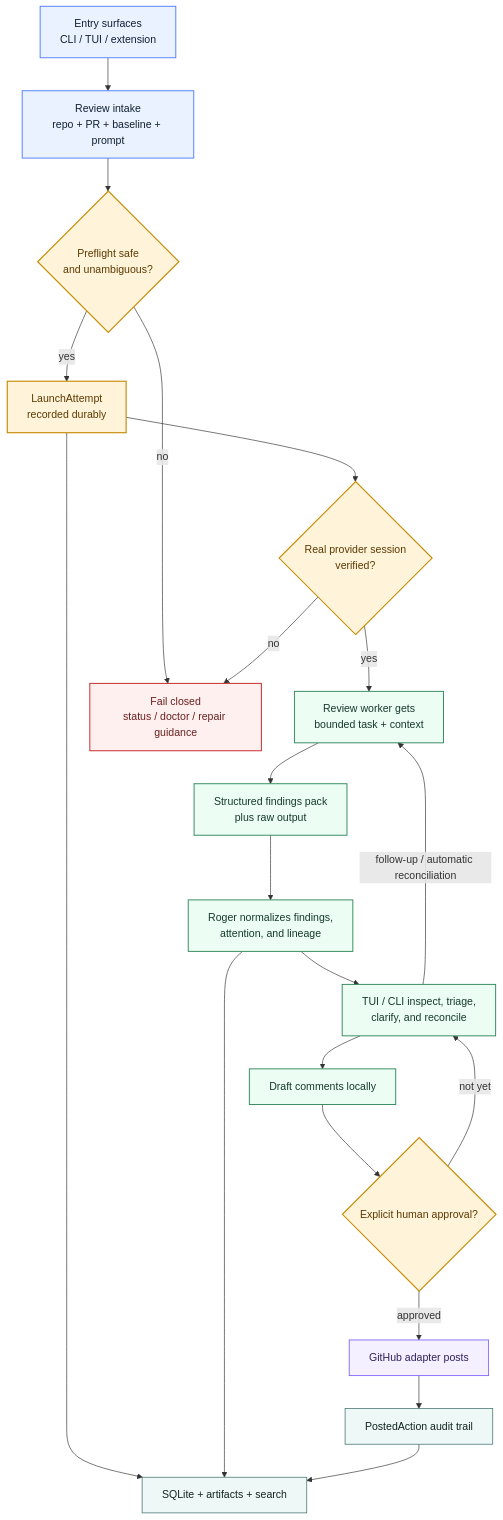
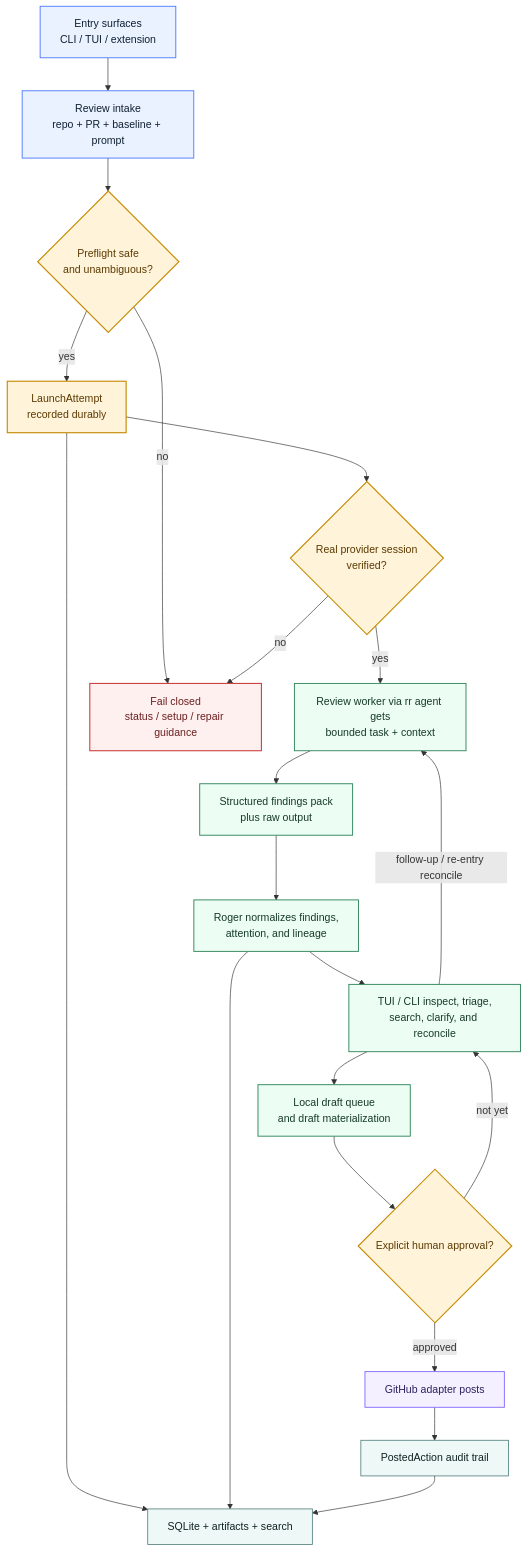
One commit to cdilga/roger-reviewer changed the first of 3 diagrams in docs/ROOT_LEVEL_FLOW_AND_ARCHITECTURE_DIAGRAMS.md. Above: the diagram before and after it, drawn with Mermaid. The commit also changed other lines of this file and 158 other files, not shown here.

First line of the commit message:
feat: land copilot tier-b live harness, worker persistence, triage/prs surfaces, and agent skills

````diff
--- a/docs/ROOT_LEVEL_FLOW_AND_ARCHITECTURE_DIAGRAMS.md
+++ b/docs/ROOT_LEVEL_FLOW_AND_ARCHITECTURE_DIAGRAMS.md
@@ -66,38 +70,38 @@
 ```mermaid
 flowchart TD
     classDef entry fill:#EAF2FF,stroke:#4F7CFF,color:#102033,stroke-width:1.4px;
     classDef gate fill:#FFF3D9,stroke:#C68A00,color:#5B3A00,stroke-width:1.7px;
     classDef core fill:#ECFDF3,stroke:#2F855A,color:#173A28,stroke-width:1.4px;
     classDef data fill:#EEF8F6,stroke:#4C7A78,color:#102322,stroke-width:1.2px;
     classDef blocked fill:#FFF0F0,stroke:#CB3A3A,color:#6B1F1F,stroke-width:1.6px;
     classDef external fill:#F4F0FF,stroke:#7B61FF,color:#2D225E,stroke-width:1.3px;
 
     ENTRY["Entry surfaces<br/>CLI / TUI / extension"]:::entry
     INTAKE["Review intake<br/>repo + PR + baseline + prompt"]:::entry
     PREFLIGHT{"Preflight safe<br/>and unambiguous?"}:::gate
     ATTEMPT["LaunchAttempt<br/>recorded durably"]:::gate
     VERIFY{"Real provider session<br/>verified?"}:::gate
-    WORKER["Review worker gets<br/>bounded task + context"]:::core
+    WORKER["Review worker via rr agent gets<br/>bounded task + context"]:::core
     PACK["Structured findings pack<br/>plus raw output"]:::core
     NORMALIZE["Roger normalizes findings,<br/>attention, and lineage"]:::core
-    INSPECT["TUI / CLI inspect, triage,<br/>clarify, and reconcile"]:::core
-    DRAFT["Draft comments locally"]:::core
+    INSPECT["TUI / CLI inspect, triage,<br/>search, clarify, and reconcile"]:::core
+    DRAFT["Local draft queue<br/>and draft materialization"]:::core
     APPROVE{"Explicit human approval?"}:::gate
     POST["GitHub adapter posts"]:::external
     AUDIT["PostedAction audit trail"]:::data
     STORE["SQLite + artifacts + search"]:::data
-    BLOCK["Fail closed<br/>status / doctor / repair guidance"]:::blocked
+    BLOCK["Fail closed<br/>status / setup / repair guidance"]:::blocked
 
     ENTRY --> INTAKE --> PREFLIGHT
     PREFLIGHT -- no --> BLOCK
     PREFLIGHT -- yes --> ATTEMPT
     ATTEMPT --> STORE
     ATTEMPT --> VERIFY
     VERIFY -- no --> BLOCK
     VERIFY -- yes --> WORKER --> PACK --> NORMALIZE --> INSPECT
     NORMALIZE --> STORE
-    INSPECT -- follow-up / automatic reconciliation --> WORKER
+    INSPECT -- follow-up / re-entry reconcile --> WORKER
     INSPECT --> DRAFT --> APPROVE
     APPROVE -- not yet --> INSPECT
     APPROVE -- approved --> POST --> AUDIT --> STORE
 ```
````
